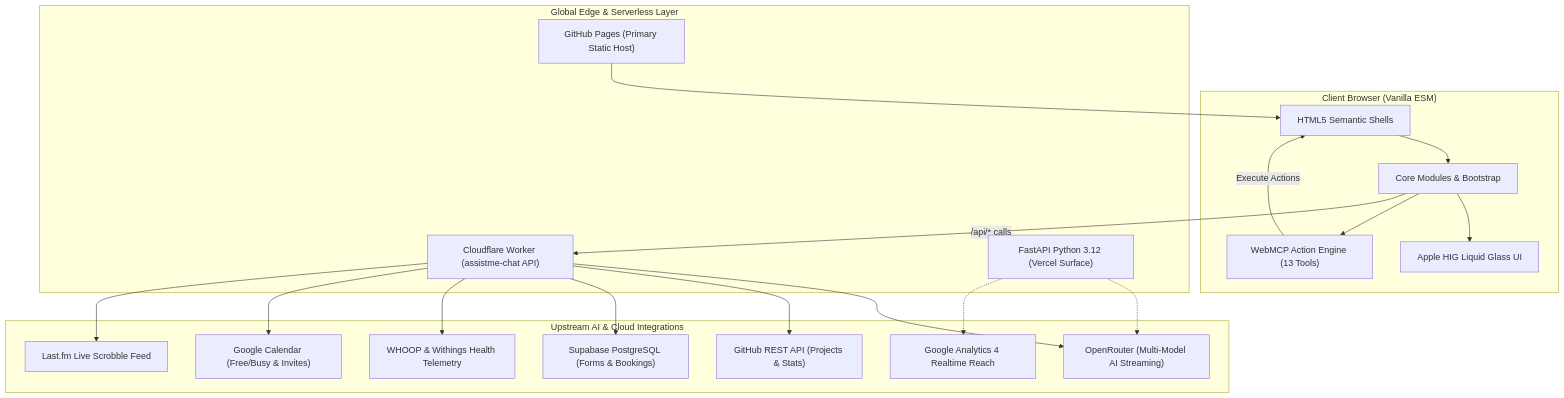
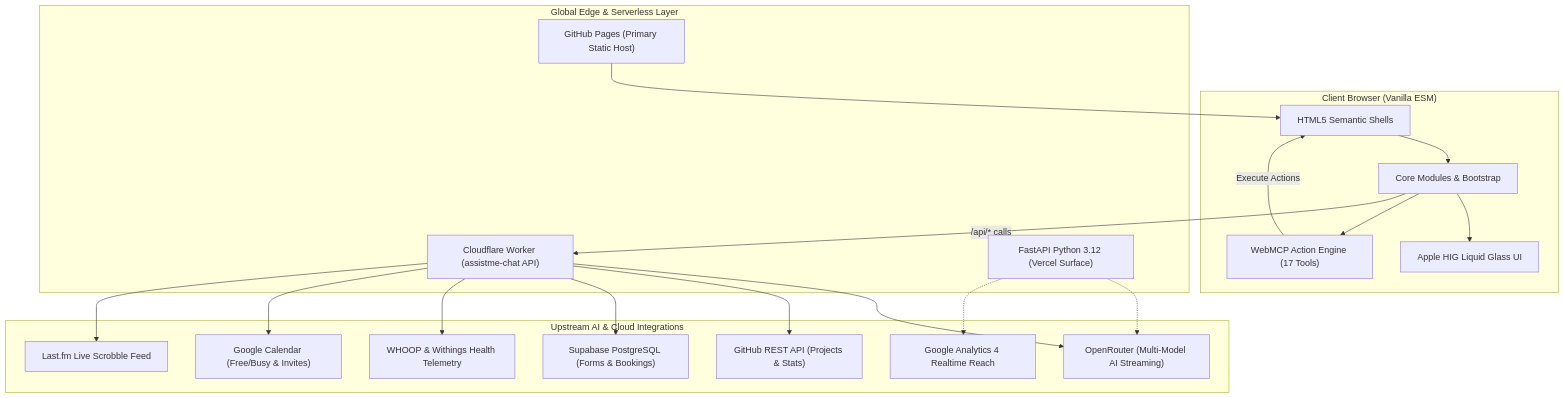
One commit to mangeshraut712/mangeshrautarchive changed the diagram in README.md. Above: the diagram before and after it, drawn with Mermaid. The commit also changed other lines of this file and 13 other files, not shown here.

First line of the commit message:
feat(calendar): smart AI natural language reminder parser, conflict detection, and WebMCP actions

````diff
--- a/README.md
+++ b/README.md
@@ -174,39 +174,39 @@
 ```mermaid
 flowchart TD
   subgraph Client ["Client Browser (Vanilla ESM)"]
     DOM["HTML5 Semantic Shells"]
     JS["Core Modules & Bootstrap"]
-    MCP["WebMCP Action Engine (13 Tools)"]
+    MCP["WebMCP Action Engine (17 Tools)"]
     UI["Apple HIG Liquid Glass UI"]
   end
 
   subgraph Edge ["Global Edge & Serverless Layer"]
     Pages["GitHub Pages (Primary Static Host)"]
     Worker["Cloudflare Worker (assistme-chat API)"]
     FastAPI["FastAPI Python 3.12 (Vercel Surface)"]
   end
 
   subgraph Upstream ["Upstream AI & Cloud Integrations"]
     OR["OpenRouter (Multi-Model AI Streaming)"]
     GH["GitHub REST API (Projects & Stats)"]
     Supa["Supabase PostgreSQL (Forms & Bookings)"]
     GCal["Google Calendar (Free/Busy & Invites)"]
     WHOOP["WHOOP & Withings Health Telemetry"]
     GA4["Google Analytics 4 Realtime Reach"]
     LFM["Last.fm Live Scrobble Feed"]
   end
 
   DOM --> JS --> UI
   JS --> MCP
   MCP -->|Execute Actions| DOM
   JS -->|/api/* calls| Worker
   Worker --> OR
   Worker --> GH
   Worker --> Supa
   Worker --> WHOOP
   Worker --> GCal
   Worker --> LFM
   FastAPI -.-> OR
   FastAPI -.-> GA4
   Pages --> DOM
 ```
````
